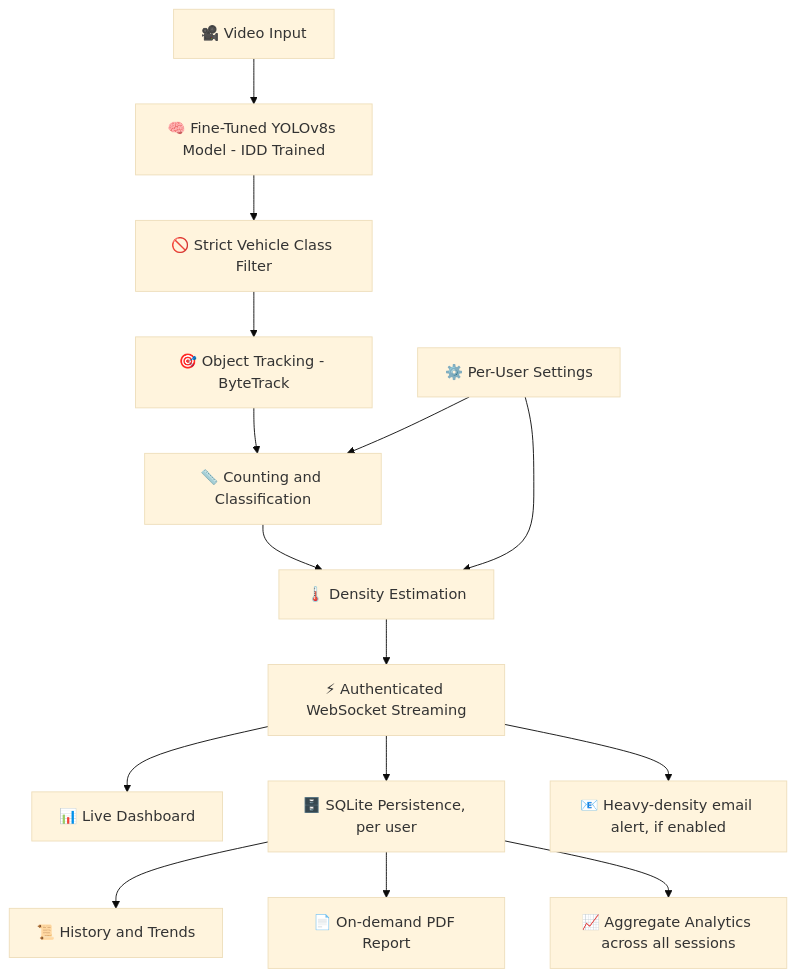
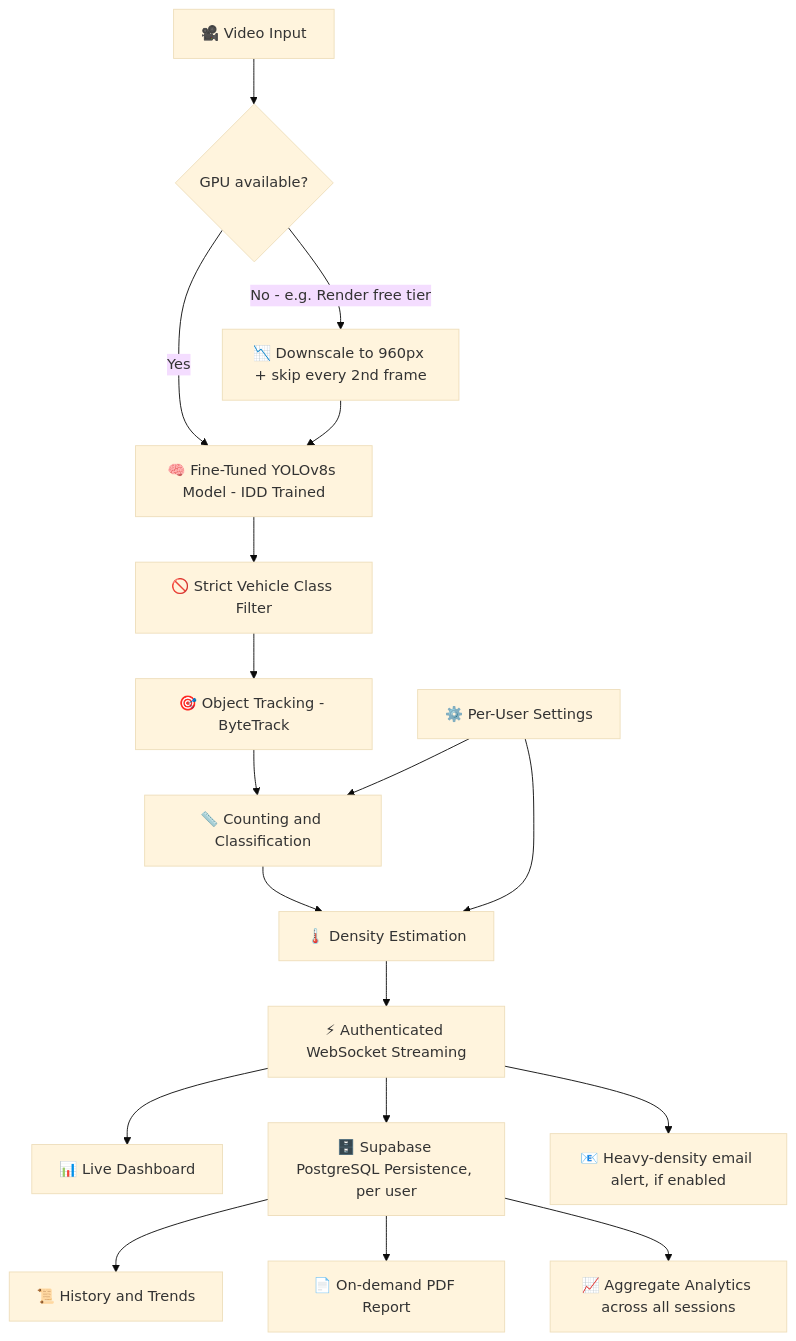
One commit to adityyapratapsingh22/YatayatAi changed the first of 2 diagrams in README.md. Above: the diagram before and after it, drawn with Mermaid (base theme). The commit also changed other lines of this file, not shown here.

````diff
--- a/README.md
+++ b/README.md
@@ -99,17 +109,20 @@
 ```mermaid
 flowchart TD
-    A[🎥 Video Input] --> B[🧠 Fine-Tuned YOLOv8s Model - IDD Trained]
+    A[🎥 Video Input] --> A2{GPU available?}
+    A2 -->|Yes| B[🧠 Fine-Tuned YOLOv8s Model - IDD Trained]
+    A2 -->|No - e.g. Render free tier| A3[📉 Downscale to 960px + skip every 2nd frame]
+    A3 --> B
     B --> B2[🚫 Strict Vehicle Class Filter]
     B2 --> C[🎯 Object Tracking - ByteTrack]
     C --> D[📏 Counting and Classification]
     D --> E[🌡️ Density Estimation]
     E --> F[⚡ Authenticated WebSocket Streaming]
     F --> G[📊 Live Dashboard]
-    F --> H[🗄️ SQLite Persistence, per user]
+    F --> H[🗄️ Supabase PostgreSQL Persistence, per user]
     F --> J[📧 Heavy-density email alert, if enabled]
     H --> I[📜 History and Trends]
     H --> L[📄 On-demand PDF Report]
     H --> M[📈 Aggregate Analytics across all sessions]
     K[⚙️ Per-User Settings] --> E
     K --> D
 ```
````
